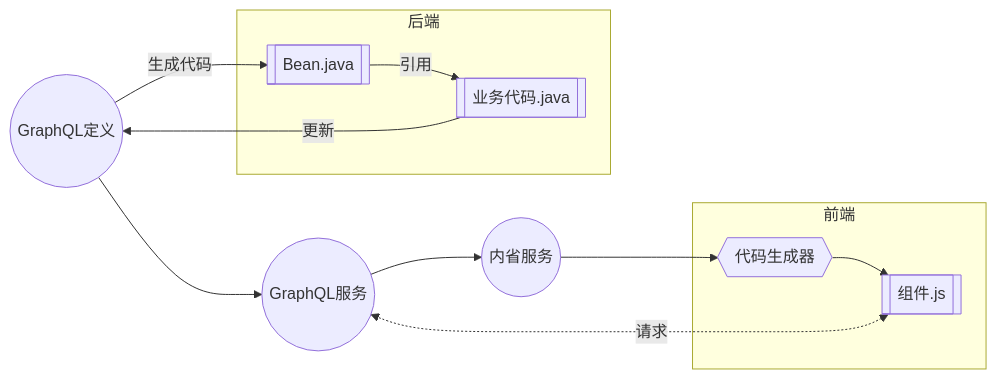
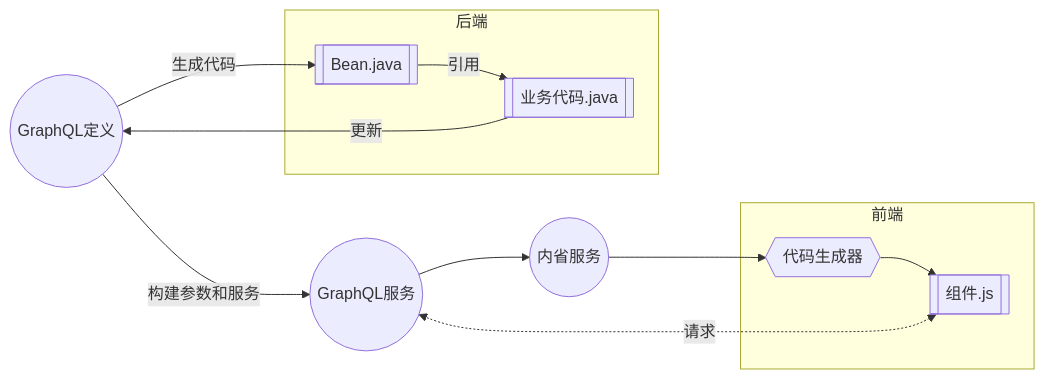
One commit to doukai/gp-doc.github.io changed the sixth of 9 diagrams in docs/intro.md. Above: the diagram before and after it, drawn with Mermaid. The commit also changed other lines of this file, not shown here.

````diff
--- a/docs/intro.md
+++ b/docs/intro.md
@@ -95,14 +95,14 @@
 ```mermaid
 flowchart LR
-    schema((GraphQL定义)) --> graphql((GraphQL服务)) --> introspection((内省服务))
+    schema((GraphQL定义)) -- 构建参数和服务 --> graphql((GraphQL服务)) --> introspection((内省服务))
     schema -- 生成代码 --> java[[Bean.java]]
     code -- 更新 --> schema
     introspection --> codegen{{代码生成器}}
     ui <-. 请求 .-> graphql
     subgraph 后端
         java -- 引用 --> code[[业务代码.java]]
     end
     subgraph 前端
         codegen --> ui[[组件.js]]
     end
 ```
````
